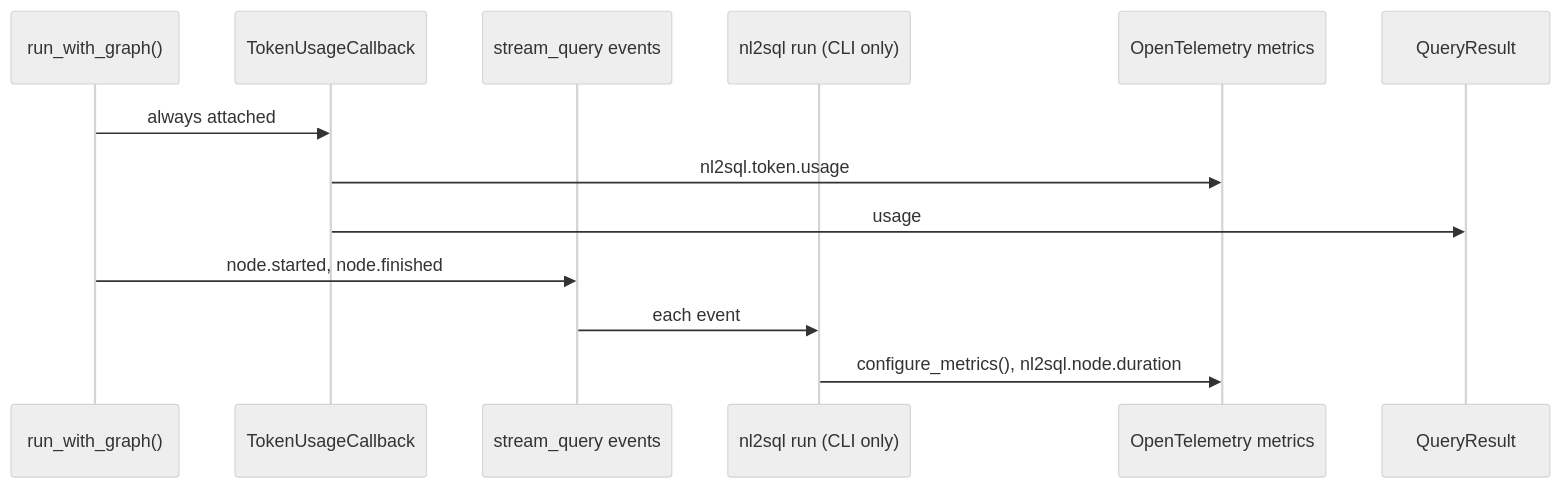
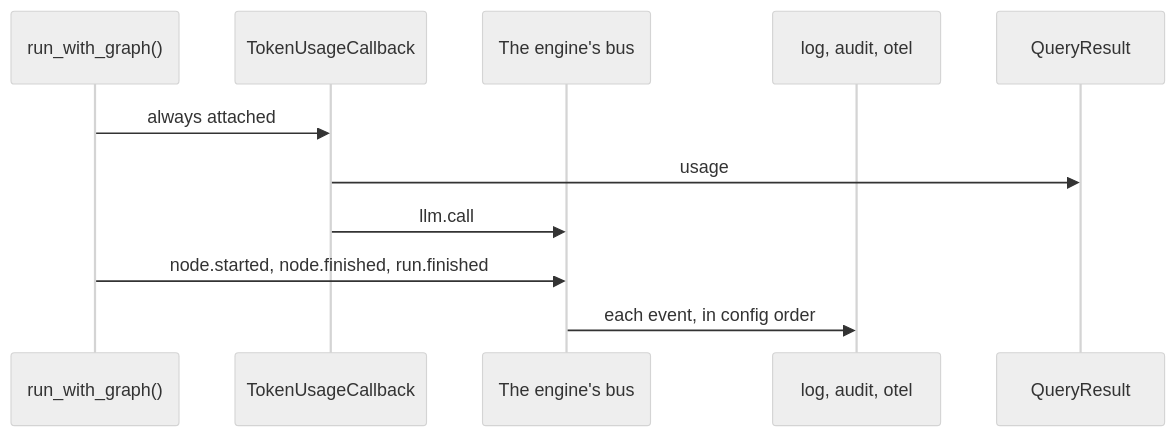
Before and after one commit to nadeem4/nl2sql: the diagram in docs/observability/stack.md, drawn with Mermaid (neutral theme). The commit also changed other lines of this file and 41 other files, not shown here.

First line of the commit message:
feat(observers): log, audit and otel observers; llm.call and llm.changed on the bus (E2) (#318)

````diff
--- a/docs/observability/stack.md
+++ b/docs/observability/stack.md
@@ -30,16 +30,14 @@
 ```mermaid
 sequenceDiagram
     participant Pipeline as run_with_graph()
     participant Usage as TokenUsageCallback
-    participant Stream as stream_query events
-    participant Run as nl2sql run (CLI only)
-    participant Metrics as OpenTelemetry metrics
+    participant Bus as The engine's bus
+    participant Observers as log, audit, otel
     participant Result as QueryResult
 
     Pipeline->>Usage: always attached
-    Usage->>Metrics: nl2sql.token.usage
     Usage->>Result: usage
-    Pipeline->>Stream: node.started, node.finished
-    Stream->>Run: each event
-    Run->>Metrics: configure_metrics(), nl2sql.node.duration
+    Usage->>Bus: llm.call
+    Pipeline->>Bus: node.started, node.finished, run.finished
+    Bus->>Observers: each event, in config order
 ```
````
